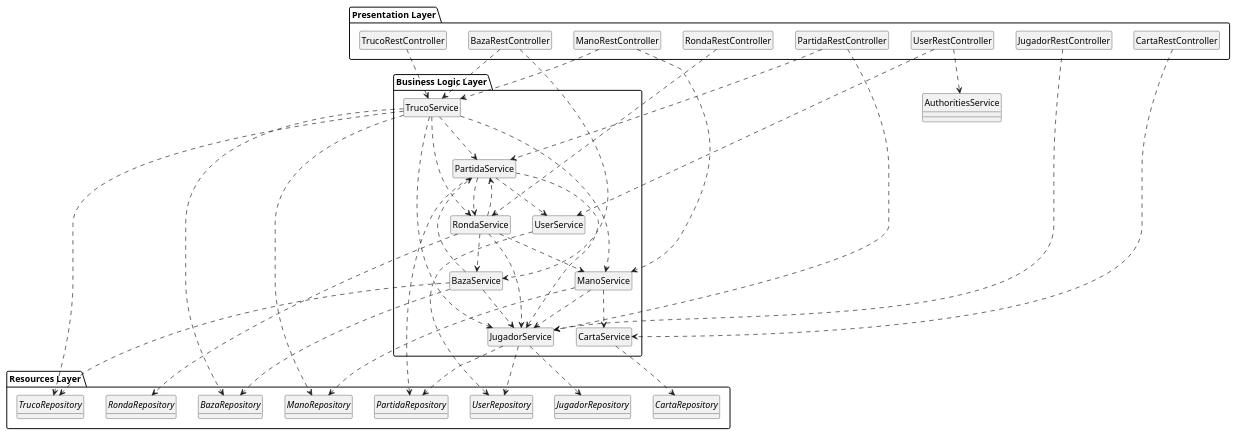
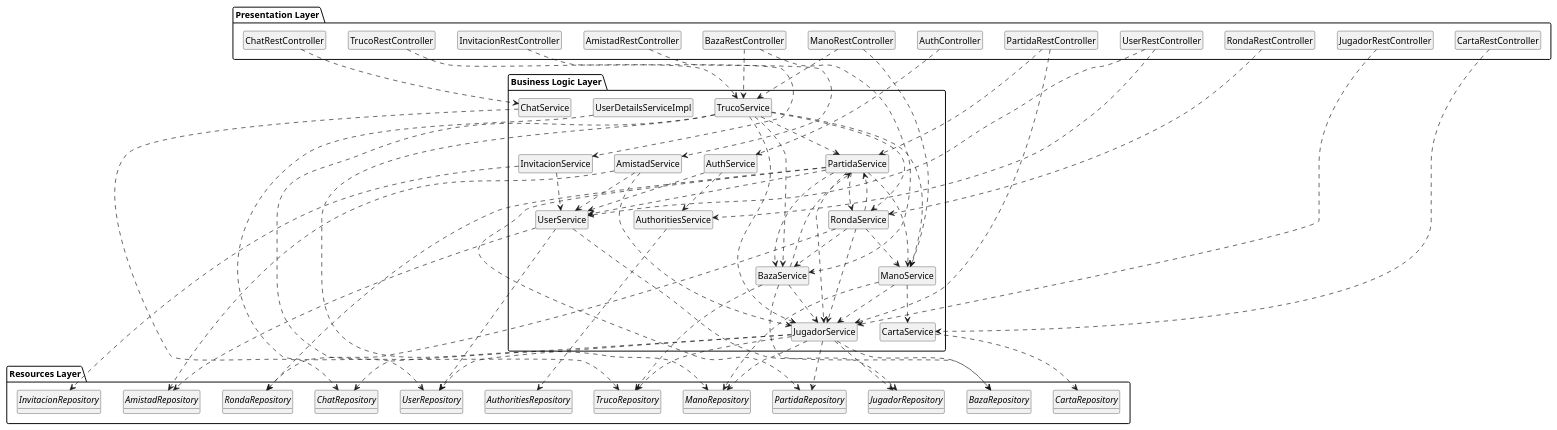
Before and after one commit to Cristinafernandezchica/skullking: the diagram in docs/diagrams/DiagramaDeCapas.puml, drawn with PlantUML. The commit also changed 3 other files, not shown here.

Commit message:
Diagrama de capas acualizado

```diff
--- a/docs/diagrams/DiagramaDeCapas.puml
+++ b/docs/diagrams/DiagramaDeCapas.puml
@@ -1,97 +1,144 @@
 @startuml name 
 
 hide circle
 
 package "Presentation Layer" as Presentation {
     hide members
     class PartidaRestController
     class RondaRestController
     class ManoRestController
     class BazaRestController
     class TrucoRestController
     class CartaRestController
     class JugadorRestController
     class UserRestController
+    class ChatRestController
+    class InvitacionRestController
+    class AmistadRestController
+    class AuthController
 }
 
 package "Business Logic Layer" as BusinessLogic {
     hide members
     class PartidaService
     class RondaService
     class ManoService
     class BazaService
     class TrucoService
     class CartaService
     class JugadorService
     class UserService
+    class ChatService
+    class InvitacionService
+    class AmistadService
+    class AuthService
+    class AuthoritiesService
+    class UserDetailsServiceImpl
 }
 
 package "Resources Layer" as Resources {
     hide attributes
     interface PartidaRepository
     interface RondaRepository
     interface ManoRepository
     interface BazaRepository
     interface TrucoRepository
     interface CartaRepository
     interface JugadorRepository
     interface UserRepository
+    interface ChatRepository
+    interface InvitacionRepository
+    interface AmistadRepository
+    interface AuthoritiesRepository
 }
 
 PartidaRestController ..> PartidaService
 PartidaRestController ..> JugadorService
 
 RondaRestController ..> RondaService
 
 ManoRestController ..> ManoService
 ManoRestController ..> TrucoService
 
 BazaRestController ..> BazaService
 BazaRestController ..> TrucoService
 
 TrucoRestController ..> TrucoService
 
 CartaRestController ..> CartaService
 
 JugadorRestController ..> JugadorService
 
 UserRestController ..> UserService
 UserRestController ..> AuthoritiesService
 
+ChatRestController ..> ChatService
+
+InvitacionRestController ..> InvitacionService
+
+AmistadRestController ..> AmistadService
+
+AuthController ..> AuthService
+
 PartidaService ..> PartidaRepository
 PartidaService ..> RondaService
 PartidaService ..> JugadorService
 PartidaService ..> UserService
+PartidaService ..> BazaService
+PartidaService ..> ManoService
+PartidaService ..> RondaRepository
 
 RondaService ..> RondaRepository
 RondaService ..> PartidaService
 RondaService ..> ManoService
 RondaService ..> BazaService
 RondaService ..> JugadorService
 
 ManoService ..> ManoRepository
 ManoService ..> CartaService
 ManoService ..> JugadorService
 
 BazaService ..> BazaRepository
 BazaService ..> TrucoRepository
 BazaService ..> PartidaService
 BazaService ..> JugadorService
 
 TrucoService ..> TrucoRepository
-TrucoService ..> BazaRepository
-TrucoService ..> ManoRepository
+TrucoService ..> BazaService
+TrucoService ..> ManoService
 TrucoService ..> JugadorService
-TrucoService ..> ManoService
 TrucoService ..> PartidaService
 TrucoService ..> RondaService
+TrucoService ..> ManoRepository
 
 CartaService ..> CartaRepository
 
 JugadorService ..> JugadorRepository
 JugadorService ..> PartidaRepository
 JugadorService ..> UserRepository
+JugadorService ..> BazaRepository
+JugadorService ..> ManoRepository
+JugadorService ..> ChatRepository
+JugadorService ..> TrucoRepository
 
 UserService ..> UserRepository
+UserService ..> JugadorRepository
+UserService ..> AmistadRepository
+
+ChatService ..> ChatRepository
+
+InvitacionService ..> InvitacionRepository
+InvitacionService ..> UserService
+
+AmistadService ..> AmistadRepository
+AmistadService ..> UserService
+AmistadService ..> JugadorService
+
+AuthService ..> AuthoritiesService
+AuthService ..> UserService
+
+UserDetailsServiceImpl ..> UserRepository
+
+AuthoritiesService ..> AuthoritiesRepository
 
 @enduml
```
